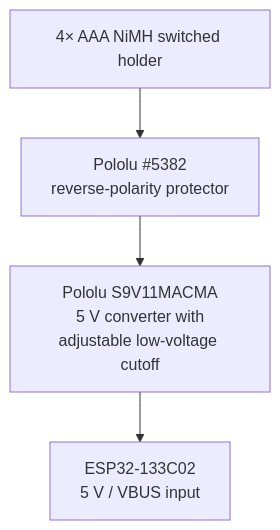
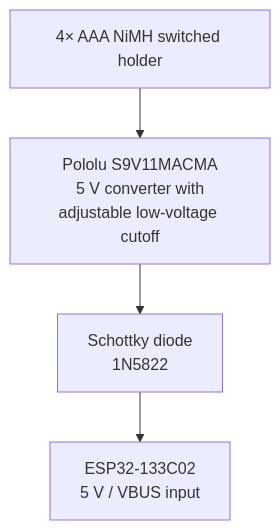
One commit to Maokx1/hof_frame changed the first of 2 diagrams in docs/PLAN.md. Above: the diagram before and after it, drawn with Mermaid. The commit also changed other lines of this file and 1 other file, not shown here.

Commit message:
docs(plan, wiring): Updated battery protection details and wiring diagram for clarity

````diff
--- a/docs/PLAN.md
+++ b/docs/PLAN.md
@@ -22,9 +22,9 @@
 ```mermaid
 flowchart TD
     A["4× AAA NiMH switched holder"]
-    B["Pololu #5382<br/>reverse-polarity protector"]
     C["Pololu S9V11MACMA<br/>5 V converter with<br/>adjustable low-voltage cutoff"]
+    S["Schottky diode<br/>1N5822"]
     D["ESP32-133C02<br/>5 V / VBUS input"]
 
-    A --> B --> C --> D
+    A --> C --> S --> D
 ```
````
